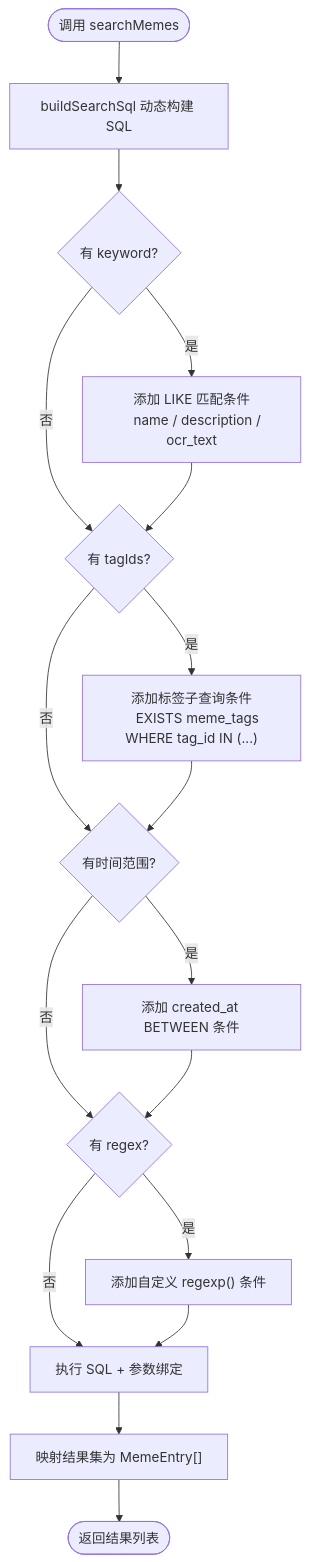
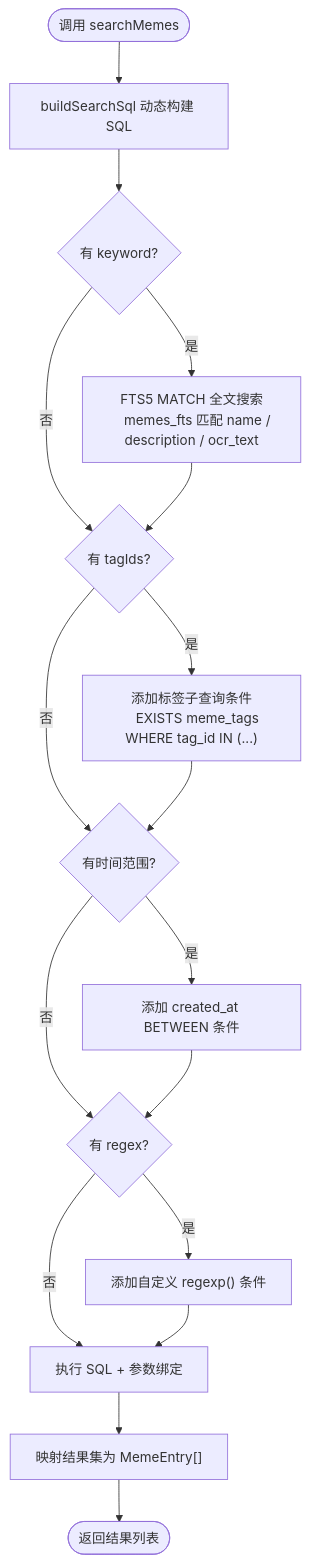
Before and after one commit to MintITes/QuickMemes: the second of 3 diagrams in docs/arch/persistence.md, drawn with Mermaid. The commit also changed other lines of this file and 8 other files, not shown here.

````diff
--- a/docs/arch/persistence.md
+++ b/docs/arch/persistence.md
@@ -541,28 +558,28 @@
 ```mermaid
 flowchart TD
     START([调用 searchMemes]) --> BUILD[buildSearchSql 动态构建 SQL]
     BUILD --> HAS_KW{有 keyword?}
-    HAS_KW -->|是| KW_CLAUSE["添加 LIKE 匹配条件
-    name / description / ocr_text"]
+    HAS_KW -->|是| KW_CLAUSE["FTS5 MATCH 全文搜索
+    memes_fts 匹配 name / description / ocr_text"]
     HAS_KW -->|否| TAG_CHECK
     KW_CLAUSE --> TAG_CHECK
 
     TAG_CHECK{有 tagIds?}
     TAG_CHECK -->|是| TAG_CLAUSE["添加标签子查询条件
     EXISTS meme_tags WHERE tag_id IN (...)"]
     TAG_CHECK -->|否| TIME_CHECK
     TAG_CLAUSE --> TIME_CHECK
 
     TIME_CHECK{有时间范围?}
     TIME_CHECK -->|是| TIME_CLAUSE["添加 created_at BETWEEN 条件"]
     TIME_CHECK -->|否| REGEX_CHECK
     TIME_CLAUSE --> REGEX_CHECK
 
     REGEX_CHECK{有 regex?}
     REGEX_CHECK -->|是| REGEX_CLAUSE["添加自定义 regexp() 条件"]
     REGEX_CHECK -->|否| EXEC
     REGEX_CLAUSE --> EXEC
 
     EXEC[执行 SQL + 参数绑定] --> MAP["映射结果集为 MemeEntry[]"]
     MAP --> RETURN([返回结果列表])
 ```
````
